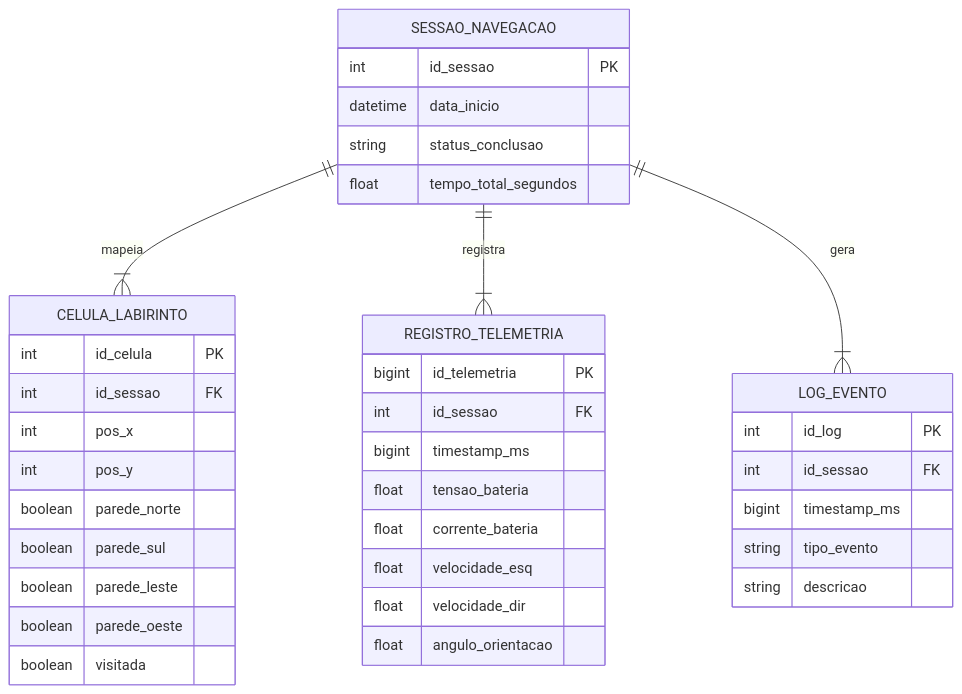
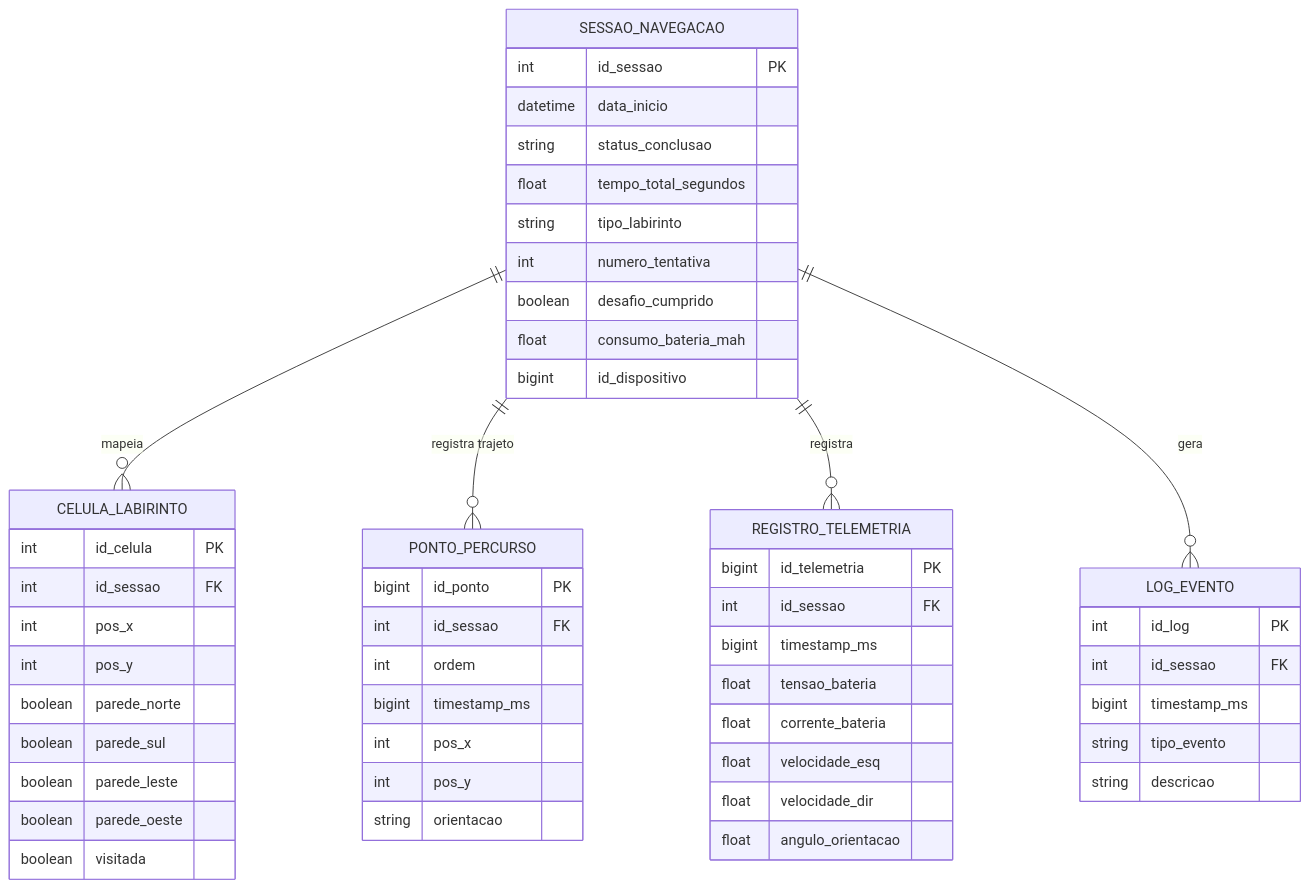
One commit to fcte-pi1/2026.2_PI1_Grupo2_Lui changed the diagram in docs/4.4 - Projeto conceitual de software.md. Above: the diagram before and after it, drawn with Mermaid. The commit also changed other lines of this file and 26 other files, not shown here.

````diff
--- a/docs/4.4 - Projeto conceitual de software.md
+++ b/docs/4.4 - Projeto conceitual de software.md
@@ -577,45 +598,61 @@
 ```mermaid
 erDiagram
-    SESSAO_NAVEGACAO ||--|{ CELULA_LABIRINTO : "mapeia"
-    SESSAO_NAVEGACAO ||--|{ REGISTRO_TELEMETRIA : "registra"
-    SESSAO_NAVEGACAO ||--|{ LOG_EVENTO : "gera"
+    SESSAO_NAVEGACAO ||--o{ CELULA_LABIRINTO : "mapeia"
+    SESSAO_NAVEGACAO ||--o{ PONTO_PERCURSO : "registra trajeto"
+    SESSAO_NAVEGACAO ||--o{ REGISTRO_TELEMETRIA : "registra"
+    SESSAO_NAVEGACAO ||--o{ LOG_EVENTO : "gera"
 
     SESSAO_NAVEGACAO {
         int id_sessao PK
         datetime data_inicio
         string status_conclusao
         float tempo_total_segundos
+        string tipo_labirinto
+        int numero_tentativa
+        boolean desafio_cumprido
+        float consumo_bateria_mah
+        bigint id_dispositivo
+    }
+
+    PONTO_PERCURSO {
+        bigint id_ponto PK
+        int id_sessao FK
+        int ordem
+        bigint timestamp_ms
+        int pos_x
+        int pos_y
+        string orientacao
     }
 
     CELULA_LABIRINTO {
         int id_celula PK
         int id_sessao FK
         int pos_x
         int pos_y
         boolean parede_norte
         boolean parede_sul
         boolean parede_leste
         boolean parede_oeste
         boolean visitada
     }
 
     REGISTRO_TELEMETRIA {
         bigint id_telemetria PK
         int id_sessao FK
         bigint timestamp_ms
         float tensao_bateria
         float corrente_bateria
         float velocidade_esq
         float velocidade_dir
         float angulo_orientacao
     }
 
     LOG_EVENTO {
         int id_log PK
         int id_sessao FK
         bigint timestamp_ms
         string tipo_evento
         string descricao
     }
 
 ```
````
